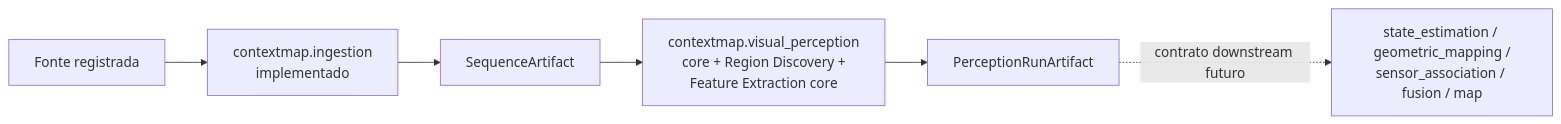
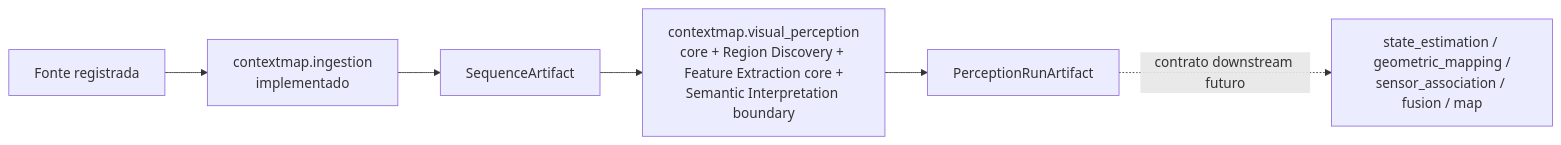
Before and after one commit to Alexandre-Tortoza/contextmap2: the third of 7 diagrams in docs/architecture.md, drawn with Mermaid. The commit also changed other lines of this file and 5 other files, not shown here.

First line of the commit message:
docs: integrate semantic interpretation into global architecture

````diff
--- a/docs/architecture.md
+++ b/docs/architecture.md
@@ -116,8 +116,8 @@
 ```mermaid
 flowchart LR
     SRC["Fonte registrada"] --> ING["contextmap.ingestion<br/>implementado"]
     ING --> SA["SequenceArtifact"]
-    SA --> VP["contextmap.visual_perception<br/>core + Region Discovery +<br/>Feature Extraction core"]
+    SA --> VP["contextmap.visual_perception<br/>core + Region Discovery + Feature Extraction core +<br/>Semantic Interpretation boundary"]
     VP --> PRA["PerceptionRunArtifact"]
     PRA -. contrato downstream futuro .-> NEXT["state_estimation / geometric_mapping /<br/>sensor_association / fusion / map"]
 ```
````
